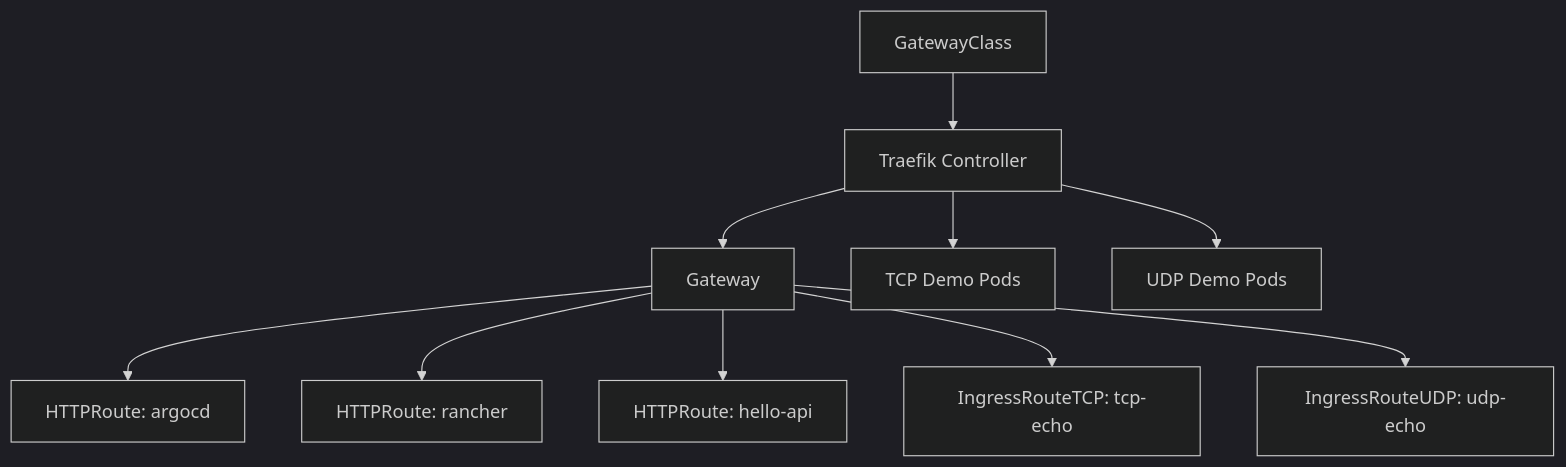
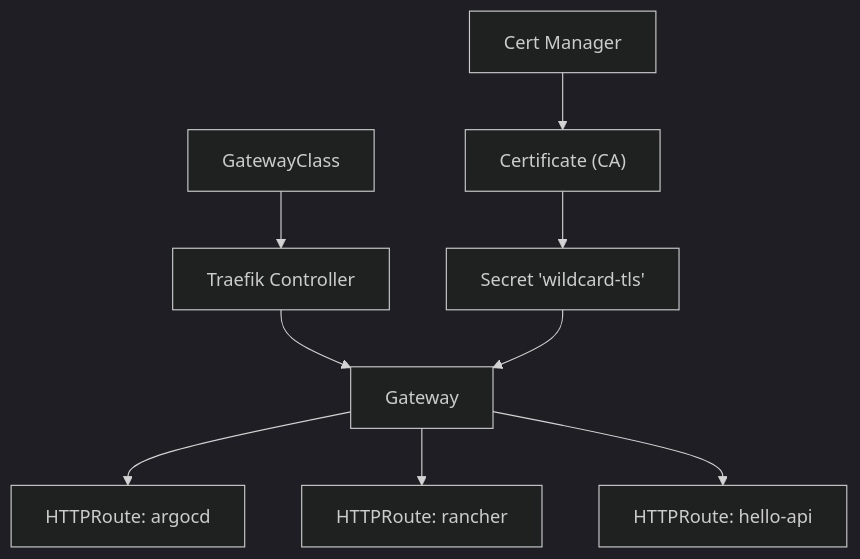
Before and after one commit to Hoangvu75/k8s_manifest: the eighth of 8 diagrams in .qoder/repowiki/en/content/Advanced Topics/Advanced Networking Configurations.md, drawn with Mermaid (dark theme). The commit also changed other lines of this file and 31 other files, not shown here.

````diff
--- a/.qoder/repowiki/en/content/Advanced Topics/Advanced Networking Configurations.md
+++ b/.qoder/repowiki/en/content/Advanced Topics/Advanced Networking Configurations.md
@@ -486,12 +314,11 @@
 ```mermaid
 graph TD
 GC["GatewayClass"] --> CTRL["Traefik Controller"]
 CTRL --> GW["Gateway"]
 GW --> HR1["HTTPRoute: argocd"]
 GW --> HR2["HTTPRoute: rancher"]
 GW --> HR3["HTTPRoute: hello-api"]
-GW --> ITCPTCP["IngressRouteTCP: tcp-echo"]
-GW --> IUDP["IngressRouteUDP: udp-echo"]
-CTRL --> TCPDEMO["TCP Demo Pods"]
-CTRL --> UDPDEMO["UDP Demo Pods"]
+CM["Cert Manager"] --> CERT["Certificate (CA)"]
+CERT --> SECRET["Secret 'wildcard-tls'"]
+SECRET --> GW
 ```
````
